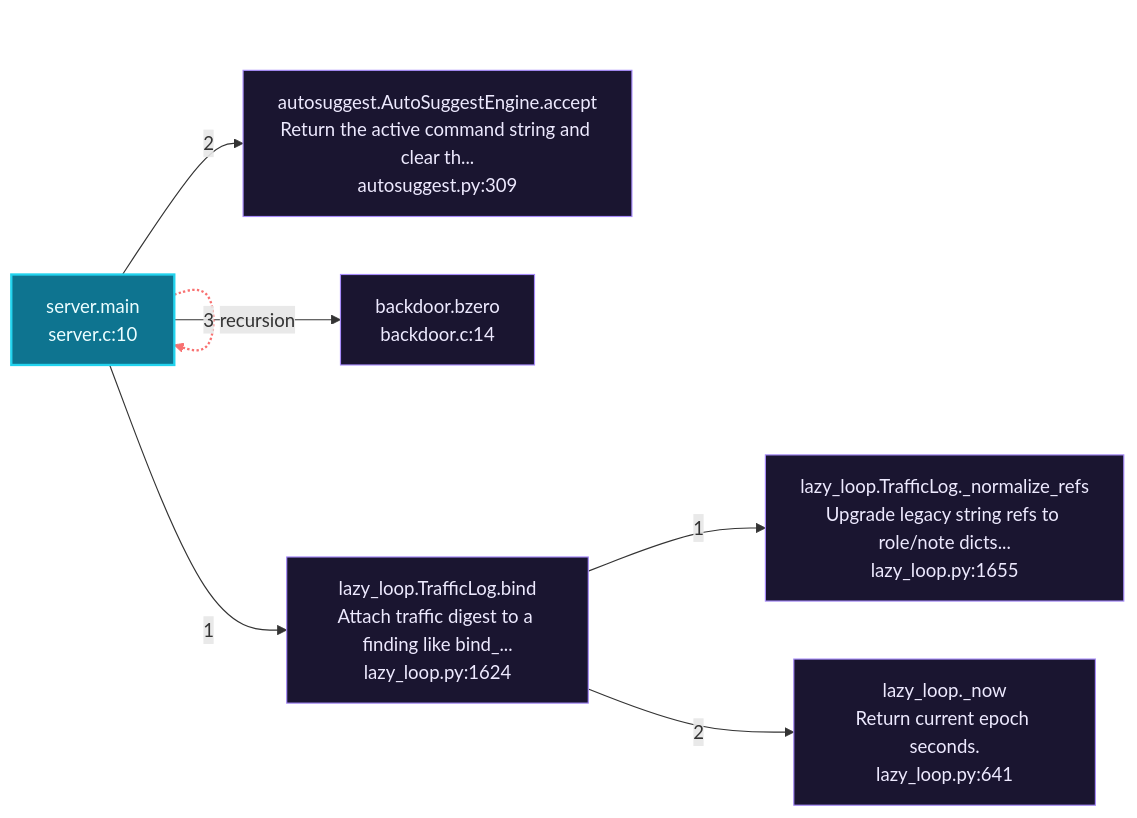
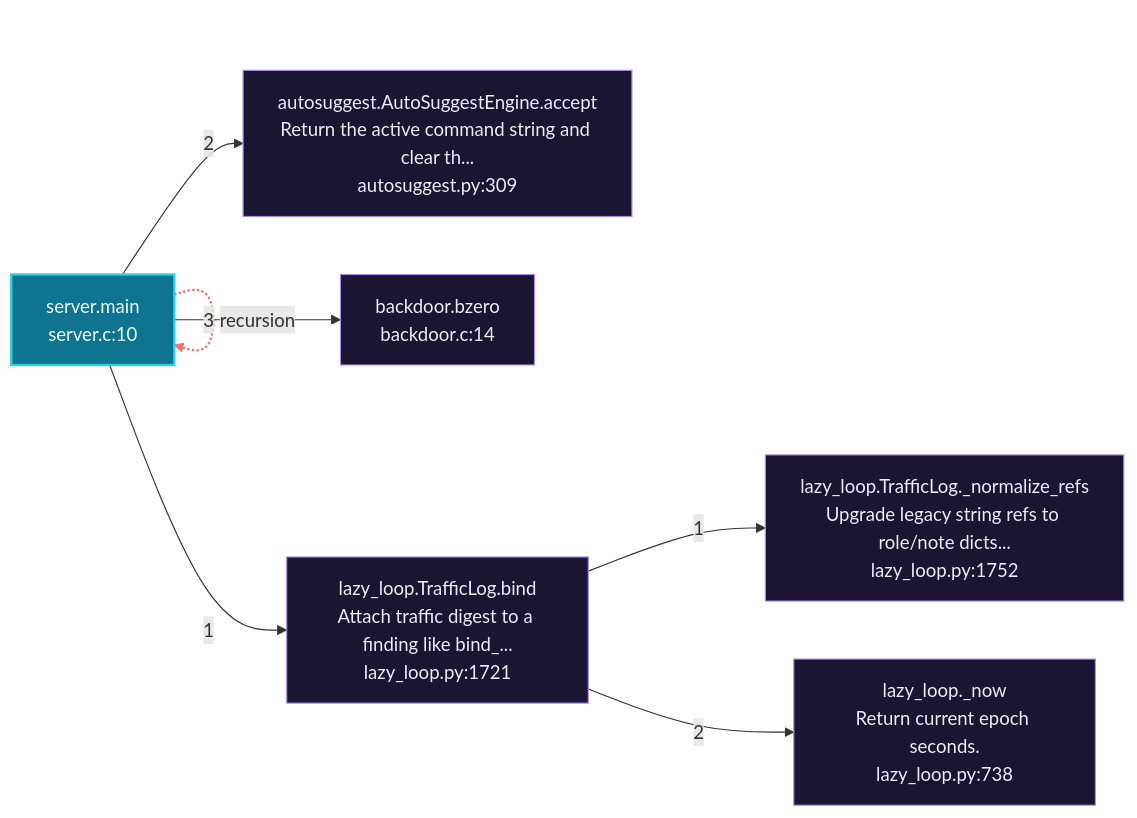
Before and after one commit to grisuno/LazyOwn: the second of 6 diagrams in readmenator-apidocs/architecture.md, drawn with Mermaid. The commit also changed other lines of this file and 764 other files, not shown here.

````diff
--- a/readmenator-apidocs/architecture.md
+++ b/readmenator-apidocs/architecture.md
@@ -158,18 +151,18 @@
 ```mermaid
 flowchart LR
     classDef entry fill:#0e7490,stroke:#22d3ee,color:#ecfeff,stroke-width:2px;
     classDef external fill:#1a1530,stroke:#a78bfa,color:#ede9fe;
     n_modules_backdoor_server_c__main["server.main<br/>server.c:10"]:::entry
-    n_modules_lazy_loop_py__bind["lazy_loop.TrafficLog.bind<br/>Attach traffic digest to a finding like bind_...<br/>lazy_loop.py:1624"]:::external
-    n_modules_lazy_loop_py___normalize_refs["lazy_loop.TrafficLog._normalize_refs<br/>Upgrade legacy string refs to role/note dicts...<br/>lazy_loop.py:1655"]:::external
-    n_modules_lazy_loop_py___now["lazy_loop._now<br/>Return current epoch seconds.<br/>lazy_loop.py:641"]:::external
+    n_modules_lazy_loop_py__bind["lazy_loop.TrafficLog.bind<br/>Attach traffic digest to a finding like bind_...<br/>lazy_loop.py:1721"]:::external
+    n_modules_lazy_loop_py___normalize_refs["lazy_loop.TrafficLog._normalize_refs<br/>Upgrade legacy string refs to role/note dicts...<br/>lazy_loop.py:1752"]:::external
+    n_modules_lazy_loop_py___now["lazy_loop._now<br/>Return current epoch seconds.<br/>lazy_loop.py:738"]:::external
     n_cli_autosuggest_py__accept["autosuggest.AutoSuggestEngine.accept<br/>Return the active command string and clear th...<br/>autosuggest.py:309"]:::external
     n_modules_backdoor_backdoor_c__bzero["backdoor.bzero<br/>backdoor.c:14"]:::external
     n_modules_backdoor_server_c__main -.->|"recursion"| n_modules_backdoor_server_c__main
     n_modules_backdoor_server_c__main -->|"1"| n_modules_lazy_loop_py__bind
     n_modules_lazy_loop_py__bind -->|"1"| n_modules_lazy_loop_py___normalize_refs
     n_modules_lazy_loop_py__bind -->|"2"| n_modules_lazy_loop_py___now
     n_modules_backdoor_server_c__main -->|"2"| n_cli_autosuggest_py__accept
     n_modules_backdoor_server_c__main -->|"3"| n_modules_backdoor_backdoor_c__bzero
     linkStyle 0 stroke:#f87171,stroke-width:2px;
 ```
````
